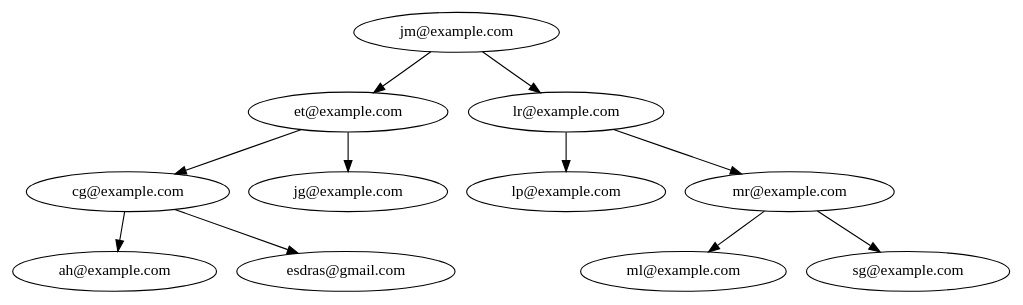
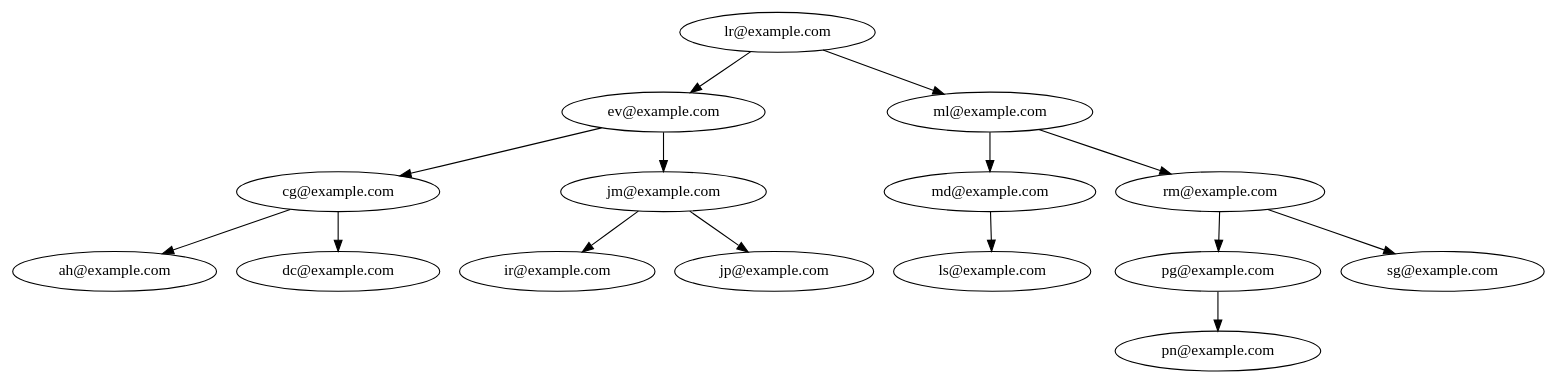
The diagram in FASE 2/Fase2/build/Desktop_Qt_6_7_2_MinGW_64_bit-Debug/AVL.dot (EsdrasBautista/-EDD-Proyecto_202100301), drawn with Graphviz before and after one commit. The commit also changed 159 other files, not shown here.

```diff
--- a/FASE 2/Fase2/build/Desktop_Qt_6_7_2_MinGW_64_bit-Debug/AVL.dot
+++ b/FASE 2/Fase2/build/Desktop_Qt_6_7_2_MinGW_64_bit-Debug/AVL.dot
@@ -1,23 +1,31 @@
 digraph G {
-Nodo0x200e7d5e230[label = "jm@example.com"]
-Nodo0x200e7d5e230->Nodo0x200e7d5e410
-Nodo0x200e7d5e230->Nodo0x200e7d5eaa0
-Nodo0x200e7d5e410[label = "et@example.com"]
-Nodo0x200e7d5e410->Nodo0x200e7d5e140
-Nodo0x200e7d5e410->Nodo0x200e7d5eb90
-Nodo0x200e7d5e140[label = "cg@example.com"]
-Nodo0x200e7d5e140->Nodo0x200e7d5e320
-Nodo0x200e7d5e140->Nodo0x200e7ec27e0
-Nodo0x200e7d5e320[label = "ah@example.com"]
-Nodo0x200e7ec27e0[label = "esdras@gmail.com"]
-Nodo0x200e7d5eb90[label = "jg@example.com"]
-Nodo0x200e7d5eaa0[label = "lr@example.com"]
-Nodo0x200e7d5eaa0->Nodo0x200e7d5e7d0
-Nodo0x200e7d5eaa0->Nodo0x200e7d5ed70
-Nodo0x200e7d5e7d0[label = "lp@example.com"]
-Nodo0x200e7d5ed70[label = "mr@example.com"]
-Nodo0x200e7d5ed70->Nodo0x200e7d5e6e0
-Nodo0x200e7d5ed70->Nodo0x200e7d5ec80
-Nodo0x200e7d5e6e0[label = "ml@example.com"]
-Nodo0x200e7d5ec80[label = "sg@example.com"]
+Nodo0x21b30e16f60[label = "lr@example.com"]
+Nodo0x21b30e16f60->Nodo0x21b30e17360
+Nodo0x21b30e16f60->Nodo0x21b30e16c60
+Nodo0x21b30e17360[label = "ev@example.com"]
+Nodo0x21b30e17360->Nodo0x21b30e17c60
+Nodo0x21b30e17360->Nodo0x21b30e18160
+Nodo0x21b30e17c60[label = "cg@example.com"]
+Nodo0x21b30e17c60->Nodo0x21b30e16e60
+Nodo0x21b30e17c60->Nodo0x21b30e17560
+Nodo0x21b30e16e60[label = "ah@example.com"]
+Nodo0x21b30e17560[label = "dc@example.com"]
+Nodo0x21b30e18160[label = "jm@example.com"]
+Nodo0x21b30e18160->Nodo0x21b30e18260
+Nodo0x21b30e18160->Nodo0x21b30e17f60
+Nodo0x21b30e18260[label = "ir@example.com"]
+Nodo0x21b30e17f60[label = "jp@example.com"]
+Nodo0x21b30e16c60[label = "ml@example.com"]
+Nodo0x21b30e16c60->Nodo0x21b30e16b60
+Nodo0x21b30e16c60->Nodo0x21b30e16d60
+Nodo0x21b30e16b60[label = "md@example.com"]
+Nodo0x21b30e16b60->Nodo0x21b30e18060
+Nodo0x21b30e18060[label = "ls@example.com"]
+Nodo0x21b30e16d60[label = "rm@example.com"]
+Nodo0x21b30e16d60->Nodo0x21b30e17960
+Nodo0x21b30e16d60->Nodo0x21b30e17d60
+Nodo0x21b30e17960[label = "pg@example.com"]
+Nodo0x21b30e17960->Nodo0x21b30e17760
+Nodo0x21b30e17760[label = "pn@example.com"]
+Nodo0x21b30e17d60[label = "sg@example.com"]
 }
```
